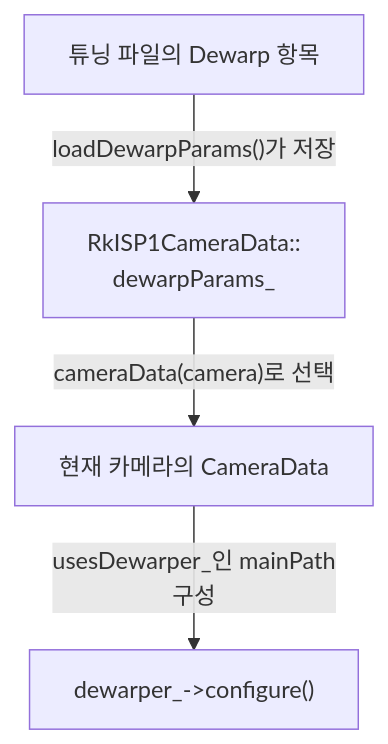
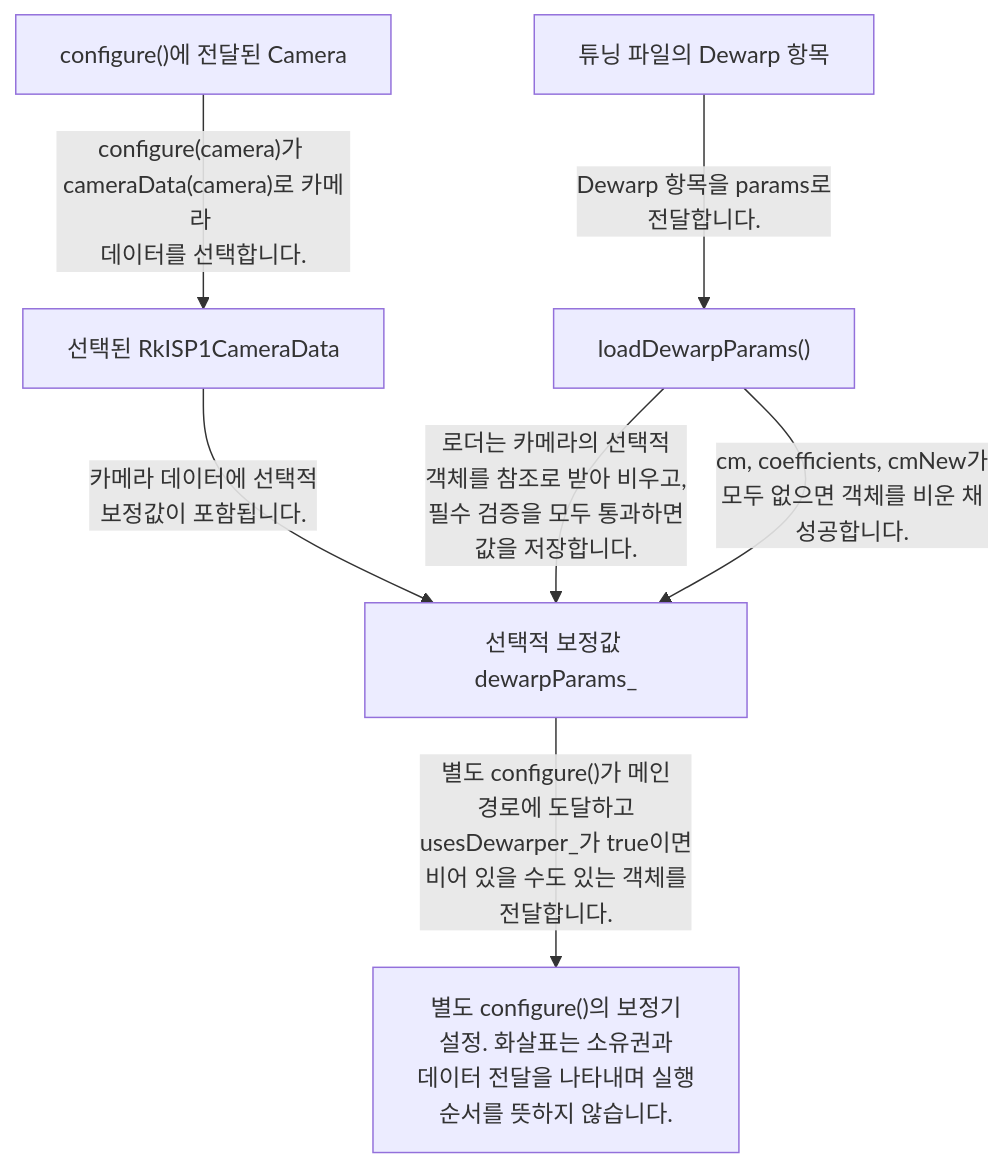
Before and after one commit to TTolsun/libcamera-sdd: the diagram in docs/rkisp1-dewarp.per-camera-parameters.mmd, drawn with Mermaid. The commit also changed 283 other files, not shown here.

```diff
--- a/docs/rkisp1-dewarp.per-camera-parameters.mmd
+++ b/docs/rkisp1-dewarp.per-camera-parameters.mmd
@@ -1,9 +1,14 @@
 flowchart TB
-%% sdd:translations {"RkISP1CameraData::<br/>dewarpParams#95;": "RkISP1CameraData::<br/>dewarpParams#95;", "cameraData#40;camera#41;로 선택": "Select with <br/>cameraData#40;camera#41;", "dewarper#95;-#62;configure#40;#41;": "dewarper#95;-#62;configure#40;#41;", "loadDewarpParams#40;#41;가 저장": "loadDewarpParams#40;#41; stores <br/>parameters", "usesDewarper#95;인 mainPath <br/>구성": "Configure mainPath when <br/>usesDewarper#95;", "튜닝 파일의 Dewarp 항목": "Dewarp entry in tuning file", "현재 카메라의 CameraData": "Current camera CameraData"}
+%% sdd:translations {"Dewarp 항목을 params로 <br/>전달합니다.": "The Dewarp entry is passed <br/>as params.", "cm, coefficients, cmNew가 <br/>모두 없으면 객체를 비운 채 <br/>성공합니다.": "If cm, coefficients and <br/>cmNew are all absent, the <br/>loader succeeds with the <br/>optional empty.", "configure#40;#41;에 전달된 Camera": "Camera supplied to <br/>configure#40;#41;", "configure#40;camera#41;가 <br/>cameraData#40;camera#41;로 카메라 <br/>데이터를 선택합니다.": "configure#40;camera#41; selects <br/>the camera data with <br/>cameraData#40;camera#41;.", "loadDewarpParams#40;#41;": "loadDewarpParams#40;#41;", "로더는 카메라의 선택적 <br/>객체를 참조로 받아 비우고, <br/>필수 검증을 모두 통과하면 <br/>값을 저장합니다.": "The loader resets the <br/>camera#39;s optional by <br/>reference and stores values <br/>when all required <br/>validation passes.", "별도 configure#40;#41;가 메인 <br/>경로에 도달하고 <br/>usesDewarper#95;가 true이면 <br/>비어 있을 수도 있는 객체를 <br/>전달합니다.": "Separate configure#40;#41; passes <br/>the possibly empty optional <br/>upon reaching the main path <br/>with usesDewarper#95; true.", "별도 configure#40;#41;의 보정기 <br/>설정. 화살표는 소유권과 <br/>데이터 전달을 나타내며 실행 <br/>순서를 뜻하지 않습니다.": "Dewarper configuration in a <br/>separate configure#40;#41;. <br/>Arrows show ownership and <br/>data transfer, not <br/>execution order.", "선택된 RkISP1CameraData": "Selected RkISP1CameraData", "선택적 보정값 dewarpParams#95;": "Optional calibration value <br/>dewarpParams#95;", "카메라 데이터에 선택적 <br/>보정값이 포함됩니다.": "The camera data contains <br/>the optional calibration <br/>value.", "튜닝 파일의 Dewarp 항목": "Dewarp entry in the tuning <br/>file"}
+  v_camera["configure#40;#41;에 전달된 Camera"]
+  v_data["선택된 RkISP1CameraData"]
+  v_optional["선택적 보정값 dewarpParams#95;"]
   v_tuning["튜닝 파일의 Dewarp 항목"]
-  v_camera["RkISP1CameraData::<br/>dewarpParams#95;"]
-  v_configure["현재 카메라의 CameraData"]
-  v_converter["dewarper#95;-#62;configure#40;#41;"]
-  v_tuning -->|"loadDewarpParams#40;#41;가 저장"| v_camera
-  v_camera -->|"cameraData#40;camera#41;로 선택"| v_configure
-  v_configure -->|"usesDewarper#95;인 mainPath <br/>구성"| v_converter
+  v_loader["loadDewarpParams#40;#41;"]
+  v_converter["별도 configure#40;#41;의 보정기 <br/>설정. 화살표는 소유권과 <br/>데이터 전달을 나타내며 실행 <br/>순서를 뜻하지 않습니다."]
+  v_camera -->|"configure#40;camera#41;가 <br/>cameraData#40;camera#41;로 카메라 <br/>데이터를 선택합니다."| v_data
+  v_data -->|"카메라 데이터에 선택적 <br/>보정값이 포함됩니다."| v_optional
+  v_tuning -->|"Dewarp 항목을 params로 <br/>전달합니다."| v_loader
+  v_loader -->|"로더는 카메라의 선택적 <br/>객체를 참조로 받아 비우고, <br/>필수 검증을 모두 통과하면 <br/>값을 저장합니다."| v_optional
+  v_loader -->|"cm, coefficients, cmNew가 <br/>모두 없으면 객체를 비운 채 <br/>성공합니다."| v_optional
+  v_optional -->|"별도 configure#40;#41;가 메인 <br/>경로에 도달하고 <br/>usesDewarper#95;가 true이면 <br/>비어 있을 수도 있는 객체를 <br/>전달합니다."| v_converter
```
